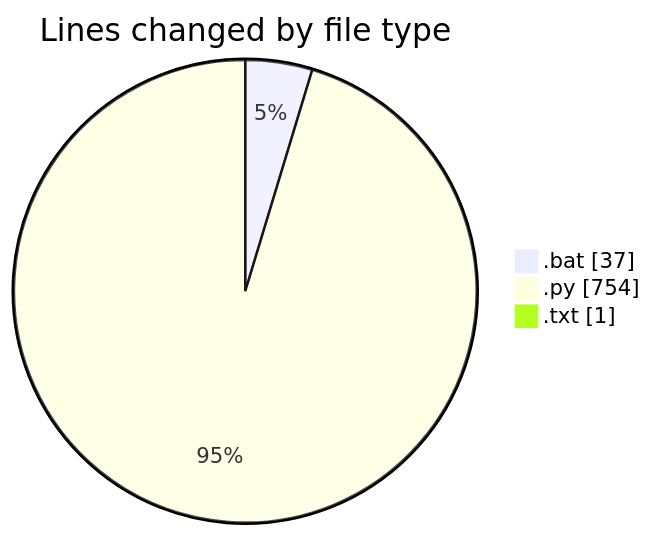
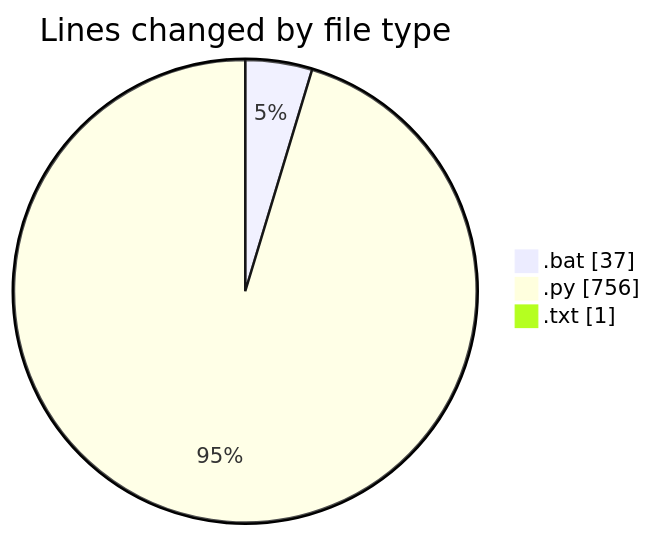
Before and after one commit to FelipKnott/code-tracking: the first of 2 diagrams in 2025-07-04/cursor/README.md, drawn with Mermaid. The commit also changed other lines of this file and 1 other file, not shown here.

````diff
--- a/2025-07-04/cursor/README.md
+++ b/2025-07-04/cursor/README.md
@@ -32,7 +32,7 @@
 ```mermaid
 pie showData
 title Lines changed by file type
 ".bat" : 37
-".py" : 754
+".py" : 756
 ".txt" : 1
 ```
````
